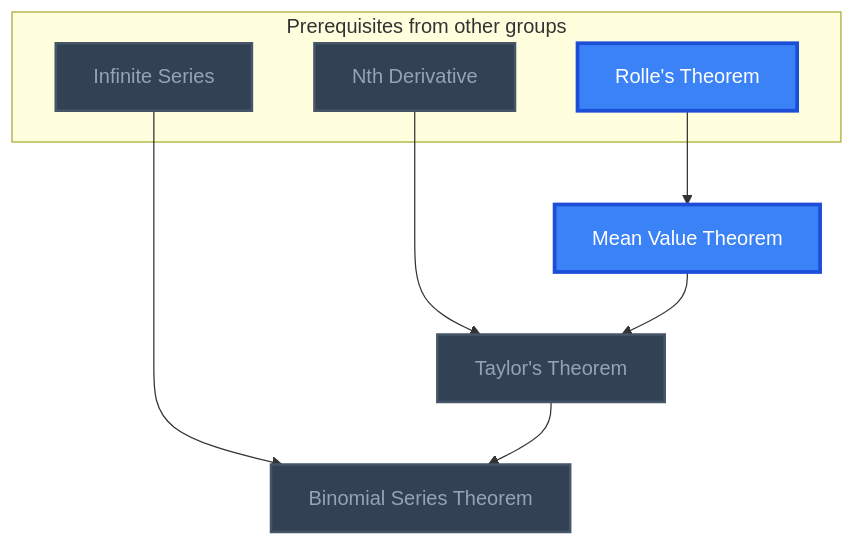
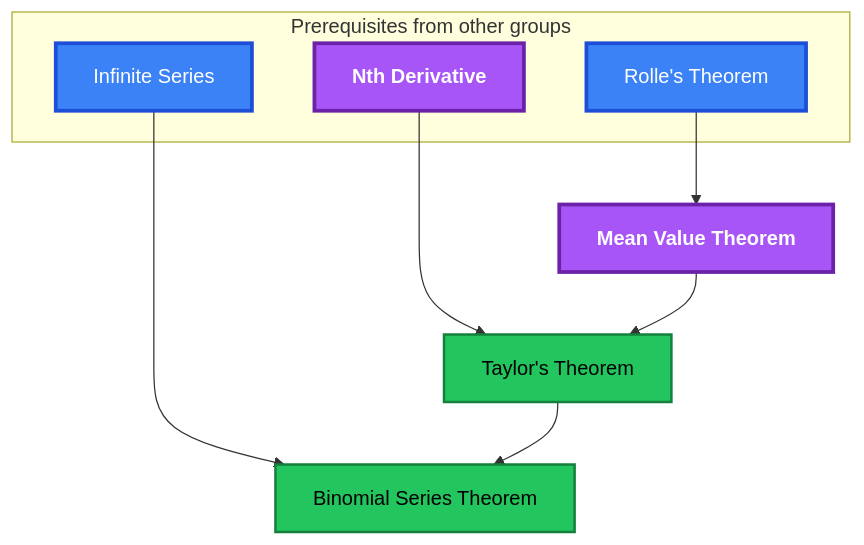
Before and after one commit to MRauf1/My-Notes: the ninth of 22 diagrams in Gamification/Skill Trees/Real Analysis.md, drawn with Mermaid. The commit also changed other lines of this file and 145 other files, not shown here.

````diff
--- a/Gamification/Skill Trees/Real Analysis.md
+++ b/Gamification/Skill Trees/Real Analysis.md
@@ -845,28 +863,29 @@
 ```mermaid
 flowchart TD
     classDef planned fill:#1E293B,stroke:#64748B,stroke-width:2px,stroke-dasharray:5 5,color:#94A3B8;
     classDef locked fill:#334155,stroke:#475569,stroke-width:2px,color:#94A3B8;
     classDef L0 fill:#F1F5F9,stroke:#94A3B8,stroke-width:2px,color:#000000;
     classDef L1 fill:#22C55E,stroke:#15803D,stroke-width:2px,color:#000000;
     classDef L2 fill:#3B82F6,stroke:#1D4ED8,stroke-width:3px,color:#FFFFFF;
     classDef L3 fill:#A855F7,stroke:#6B21A8,stroke-width:3px,color:#FFFFFF,font-weight:bold;
     classDef L4 fill:#F97316,stroke:#C2410C,stroke-width:4px,color:#000000,font-weight:bold;
     classDef L5 fill:#FFD700,stroke:#FF8C00,stroke-width:5px,color:#000000,font-weight:bold;
     classDef rusty stroke:#8B4513,stroke-width:4px,stroke-dasharray:3 3;
     subgraph sg_prereqs["Prerequisites from other groups"]
         n_rolle_s_theorem["Rolle's Theorem"]
         n_nth_derivative["Nth Derivative"]
         n_infinite_series["Infinite Series"]
     end
     n_mean_value_theorem["Mean Value Theorem"]
     n_taylor_s_theorem["Taylor's Theorem"]
     n_binomial_series_theorem["Binomial Series Theorem"]
     n_rolle_s_theorem --> n_mean_value_theorem
     n_nth_derivative --> n_taylor_s_theorem
     n_mean_value_theorem --> n_taylor_s_theorem
     n_infinite_series --> n_binomial_series_theorem
     n_taylor_s_theorem --> n_binomial_series_theorem
-    class n_nth_derivative,n_infinite_series,n_taylor_s_theorem,n_binomial_series_theorem locked;
-    class n_rolle_s_theorem,n_mean_value_theorem L2;
+    class n_taylor_s_theorem,n_binomial_series_theorem L1;
+    class n_rolle_s_theorem,n_infinite_series L2;
+    class n_nth_derivative,n_mean_value_theorem L3;
     class n_rolle_s_theorem,n_nth_derivative,n_infinite_series,n_mean_value_theorem,n_taylor_s_theorem,n_binomial_series_theorem internal-link;
 ```
````
